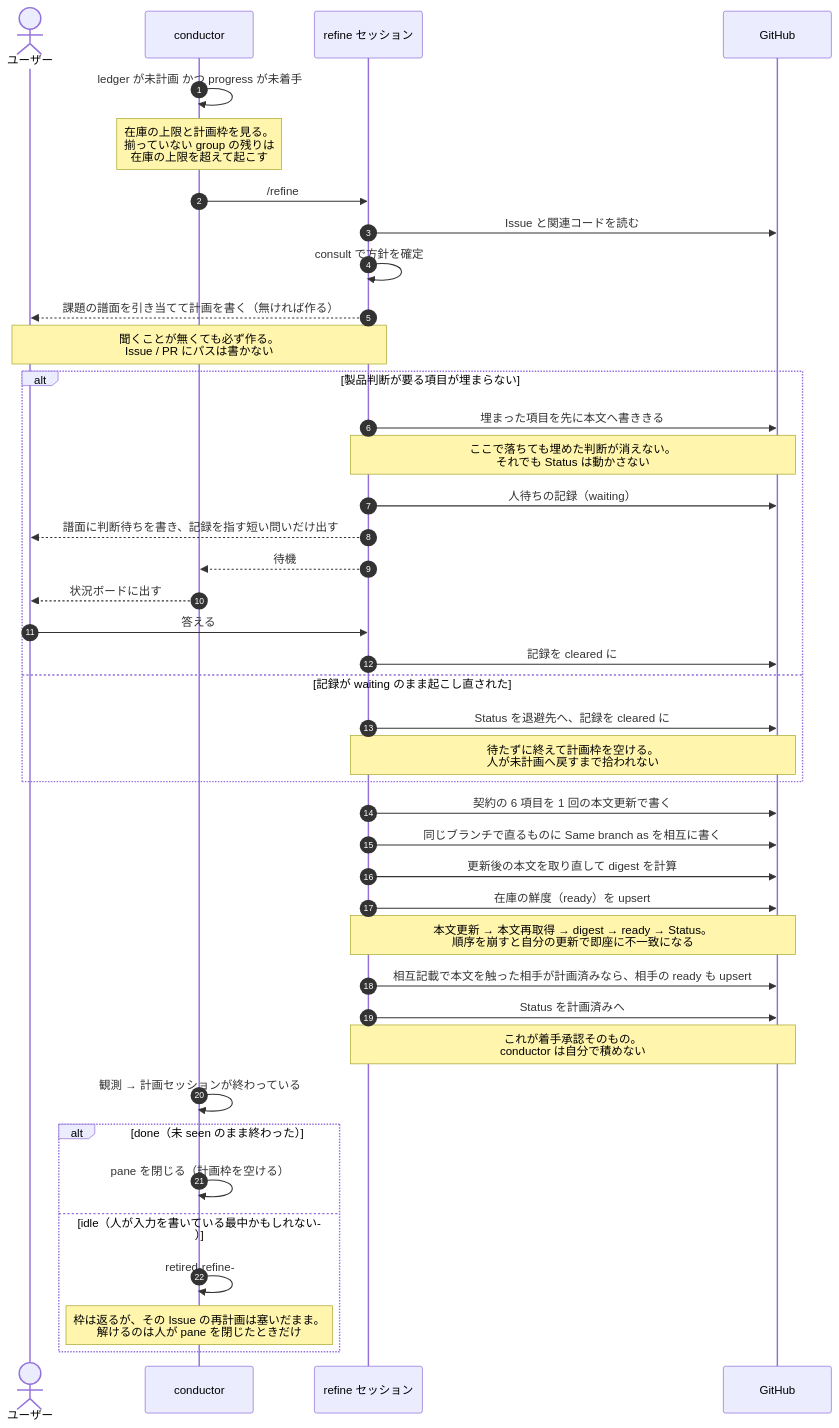
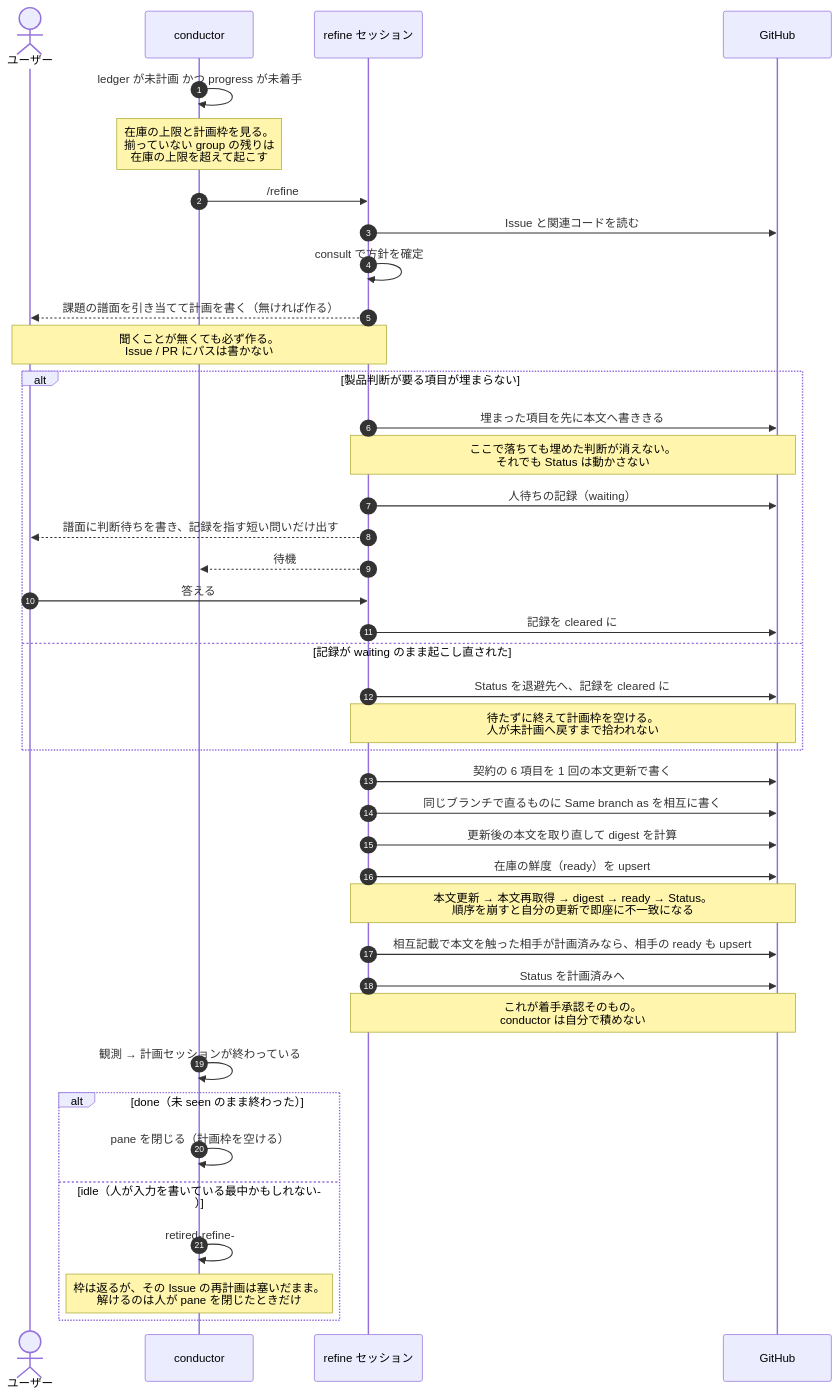
The fourth of 4 diagrams in agents/docs/lifecycle.md (usagizmo/agentfiles), drawn with Mermaid before and after one commit. The commit also changed other lines of this file and 36 other files, not shown here.

````diff
--- a/agents/docs/lifecycle.md
+++ b/agents/docs/lifecycle.md
@@ -176,47 +175,46 @@
 ```mermaid
 sequenceDiagram
     autonumber
     actor U as ユーザー
     participant C as conductor
     participant F as refine セッション
     participant GH as GitHub
 
     C->>C: ledger が未計画 かつ progress が未着手
     Note over C: 在庫の上限と計画枠を見る。<br/>揃っていない group の残りは<br/>在庫の上限を超えて起こす
     C->>F: /refine #N
     F->>GH: Issue と関連コードを読む
     F->>F: consult で方針を確定
     F-->>U: 課題の譜面を引き当てて計画を書く（無ければ作る）
     Note over F,U: 聞くことが無くても必ず作る。<br/>Issue / PR にパスは書かない
 
     alt 製品判断が要る項目が埋まらない
         F->>GH: 埋まった項目を先に本文へ書ききる
         Note over F,GH: ここで落ちても埋めた判断が消えない。<br/>それでも Status は動かさない
         F->>GH: 人待ちの記録（waiting）
         F-->>U: 譜面に判断待ちを書き、記録を指す短い問いだけ出す
         F-->>C: 待機
-        C-->>U: 状況ボードに出す
         U->>F: 答える
         F->>GH: 記録を cleared に
     else 記録が waiting のまま起こし直された
         F->>GH: Status を退避先へ、記録を cleared に
         Note over F,GH: 待たずに終えて計画枠を空ける。<br/>人が未計画へ戻すまで拾われない
     end
 
     F->>GH: 契約の 6 項目を 1 回の本文更新で書く
     F->>GH: 同じブランチで直るものに Same branch as を相互に書く
     F->>GH: 更新後の本文を取り直して digest を計算
     F->>GH: 在庫の鮮度（ready）を upsert
     Note over F,GH: 本文更新 → 本文再取得 → digest → ready → Status。<br/>順序を崩すと自分の更新で即座に不一致になる
     F->>GH: 相互記載で本文を触った相手が計画済みなら、相手の ready も upsert
     F->>GH: Status を計画済みへ
     Note over F,GH: これが着手承認そのもの。<br/>conductor は自分で積めない
     C->>C: 観測 → 計画セッションが終わっている
 
     alt done（未 seen のまま終わった）
         C->>C: pane を閉じる（計画枠を空ける）
     else idle（人が入力を書いている最中かもしれない）
         C->>C: retired-refine-#N へ rename する
         Note over C: 枠は返るが、その Issue の再計画は塞いだまま。<br/>解けるのは人が pane を閉じたときだけ
     end
 ```
````
